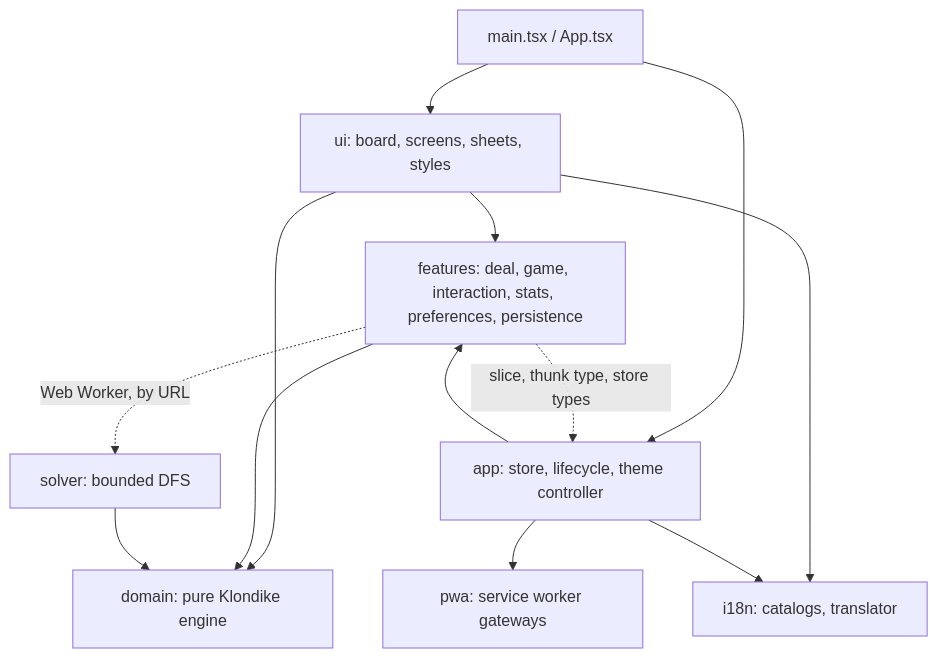
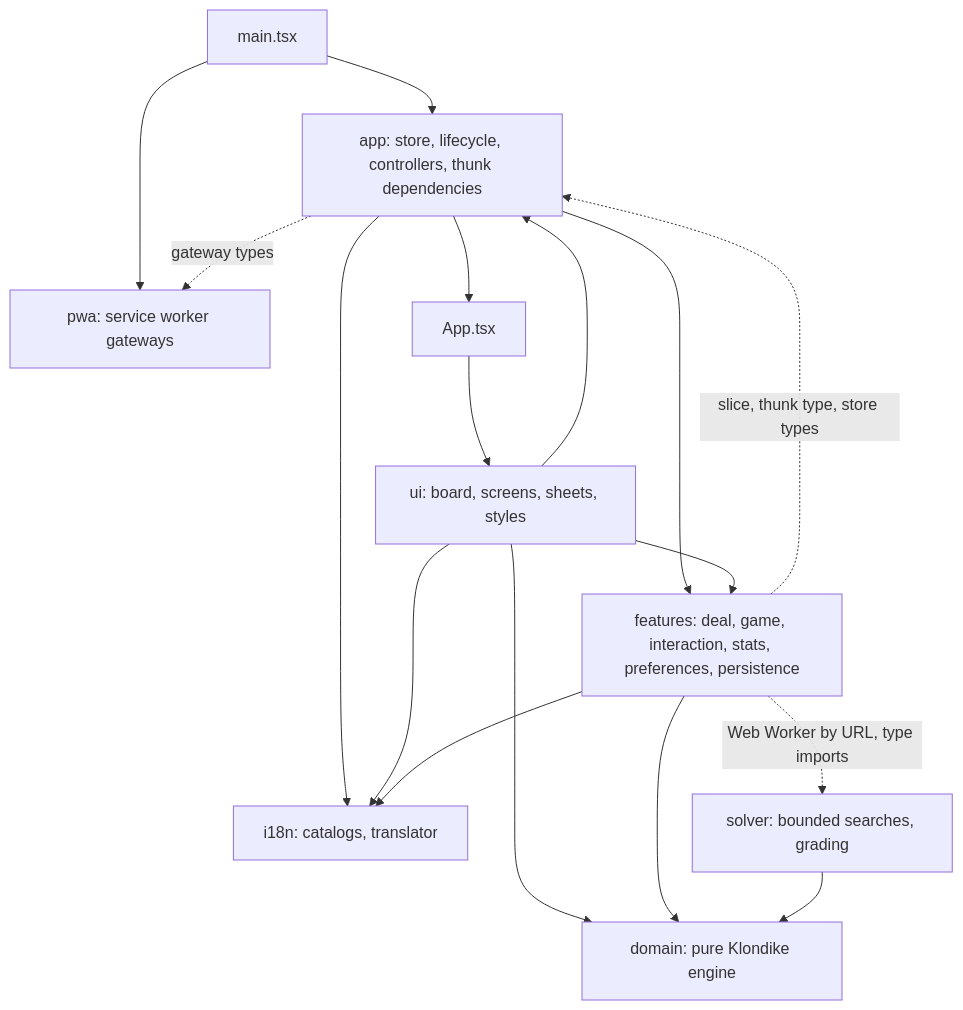
Before and after one commit to sanyokkua/solitaire: the diagram in docs/architecture/overview.md, drawn with Mermaid. The commit also changed other lines of this file and 10 other files, not shown here.

Commit message:
docs: architecture docs and module READMEs match the code

````diff
--- a/docs/architecture/overview.md
+++ b/docs/architecture/overview.md
@@ -8,18 +8,22 @@
 ```mermaid
 flowchart TD
-    main["main.tsx / App.tsx"] --> ui
-    main --> app
-    ui["ui: board, screens, sheets, styles"] --> features
+    main["main.tsx"] --> app
+    main --> pwa
+    appTsx["App.tsx"] --> ui
+    app["app: store, lifecycle, controllers, thunk dependencies"] --> appTsx
+    app --> features
+    app --> i18n
+    app -. "gateway types" .-> pwa
+    ui["ui: board, screens, sheets, styles"] --> app
+    ui --> features
     ui --> i18n
     ui --> domain
-    app["app: store, lifecycle, theme controller"] --> features
-    app --> pwa
-    app --> i18n
     features["features: deal, game, interaction, stats, preferences, persistence"] --> domain
     features -. "slice, thunk type, store types" .-> app
-    features -. "Web Worker, by URL" .-> solver
-    solver["solver: bounded DFS"] --> domain
+    features --> i18n
+    features -. "Web Worker by URL, type imports" .-> solver
+    solver["solver: bounded searches, grading"] --> domain
     domain["domain: pure Klondike engine"]
     i18n["i18n: catalogs, translator"]
     pwa["pwa: service worker gateways"]
 ```
````
